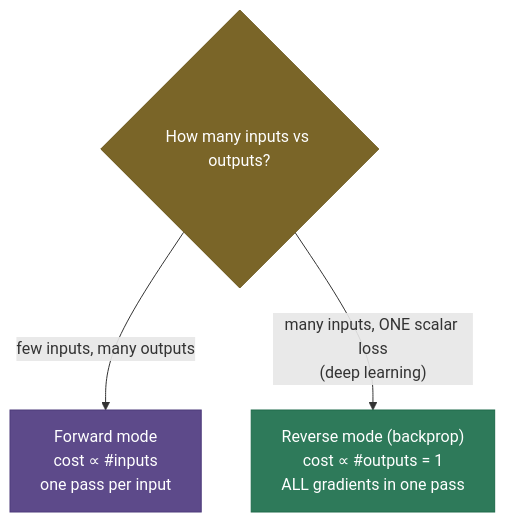
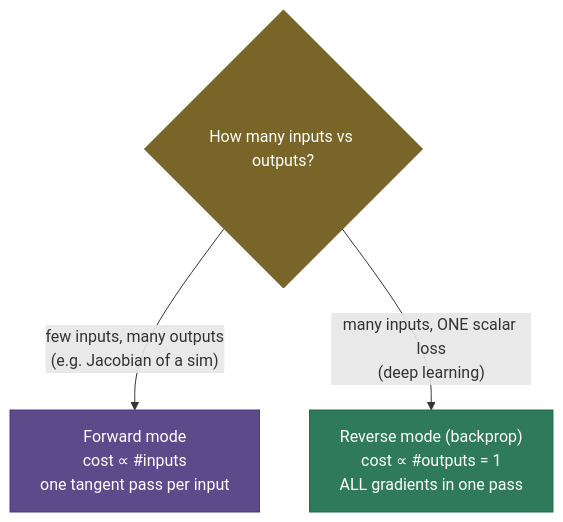
The fifth of 6 diagrams in 05. Deep_Learning/concepts/02-Backpropagation-and-Computational-Graphs.md (sudhir13s/AI-ML-learning-resources), drawn with Mermaid before and after one commit. The commit also changed other lines of this file and 6 other files, not shown here.

````diff
--- a/05. Deep_Learning/concepts/02-Backpropagation-and-Computational-Graphs.md
+++ b/05. Deep_Learning/concepts/02-Backpropagation-and-Computational-Graphs.md
@@ -240,10 +386,10 @@
 ```mermaid
 graph TD
     Q{"How many inputs vs outputs?"}:::amber
-    Q -->|"few inputs, many outputs"| FWD["Forward mode<br/>cost ∝ #inputs<br/>one pass per input"]:::process
+    Q -->|"few inputs, many outputs<br/>(e.g. Jacobian of a sim)"| FWD["Forward mode<br/>cost ∝ #inputs<br/>one tangent pass per input"]:::process
     Q -->|"many inputs, ONE scalar loss<br/>(deep learning)"| REV["Reverse mode (backprop)<br/>cost ∝ #outputs = 1<br/>ALL gradients in one pass"]:::out
 
     classDef amber fill:#7A6528,stroke:#6A5518,color:#fff
     classDef process fill:#5D4A8A,stroke:#4D3A7A,color:#fff
     classDef out fill:#2E7A5A,stroke:#1E6A4A,color:#fff
 ```
````
